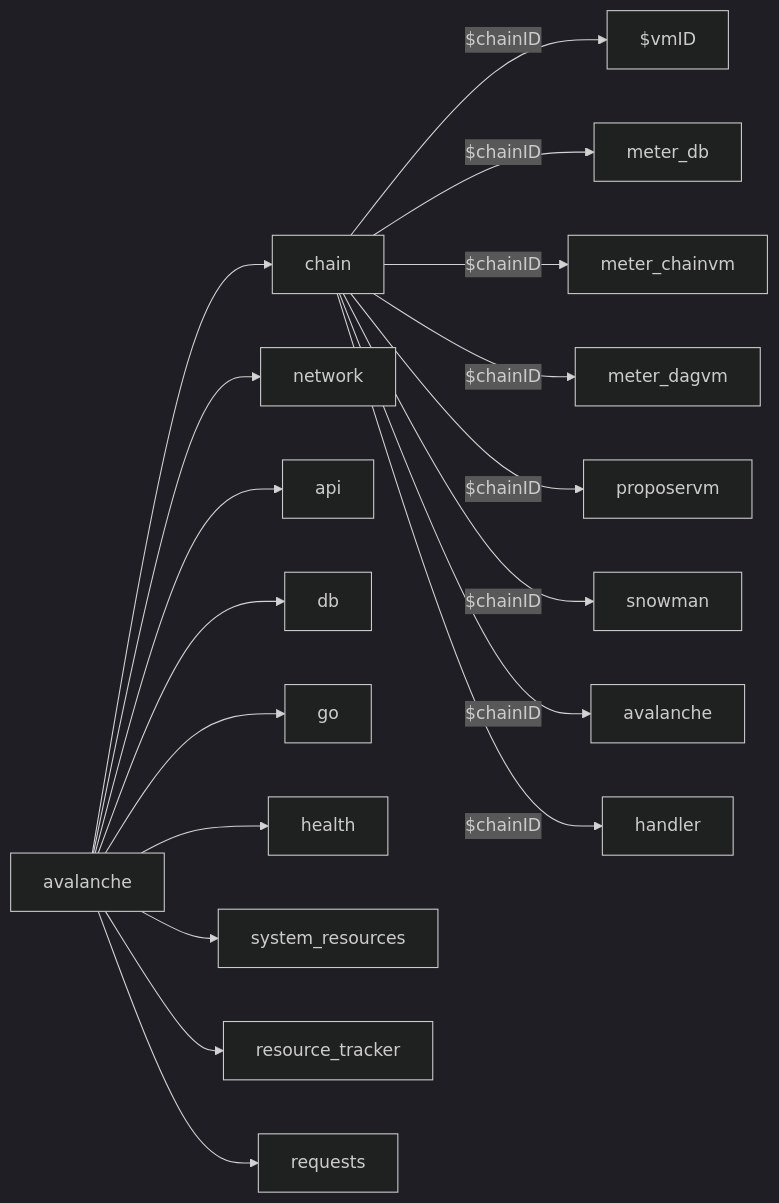
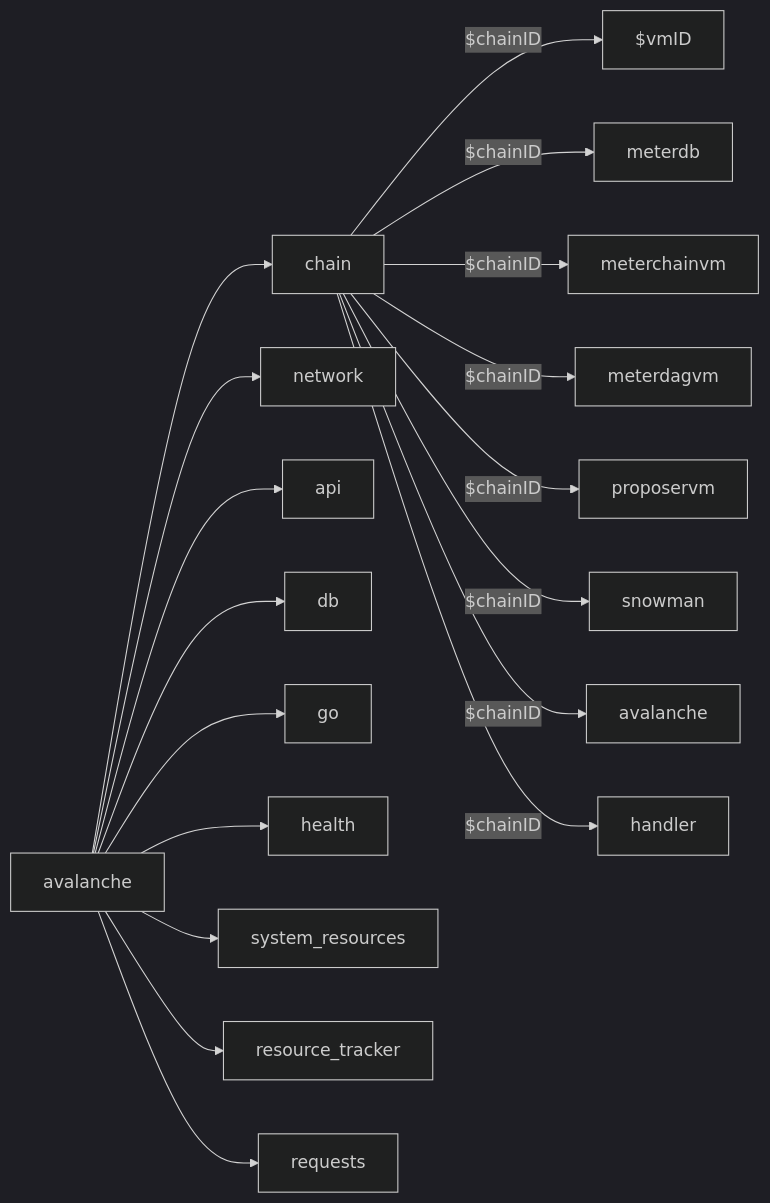
One commit to ava-labs/avalanchego changed the diagram in api/metrics/README.md. Above: the diagram before and after it, drawn with Mermaid (dark theme). The commit also changed 2 other files, not shown here.

````diff
--- a/api/metrics/README.md
+++ b/api/metrics/README.md
@@ -3,20 +3,20 @@
 ```mermaid
 graph LR
     A[avalanche] --> B[chain]
     A --> C[network]
     A --> D[api]
     A --> E[db]
     A --> F[go]
     A --> G[health]
     A --> H[system_resources]
     A --> I[resource_tracker]
     A --> J[requests]
     B -- $chainID --> K[$vmID]
-    B -- $chainID --> L[meter_db]
-    B -- $chainID --> M[meter_chainvm]
-    B -- $chainID --> N[meter_dagvm]
+    B -- $chainID --> L[meterdb]
+    B -- $chainID --> M[meterchainvm]
+    B -- $chainID --> N[meterdagvm]
     B -- $chainID --> O[proposervm]
     B -- $chainID --> P[snowman]
     B -- $chainID --> Q[avalanche]
     B -- $chainID --> R[handler]
 ```
````
